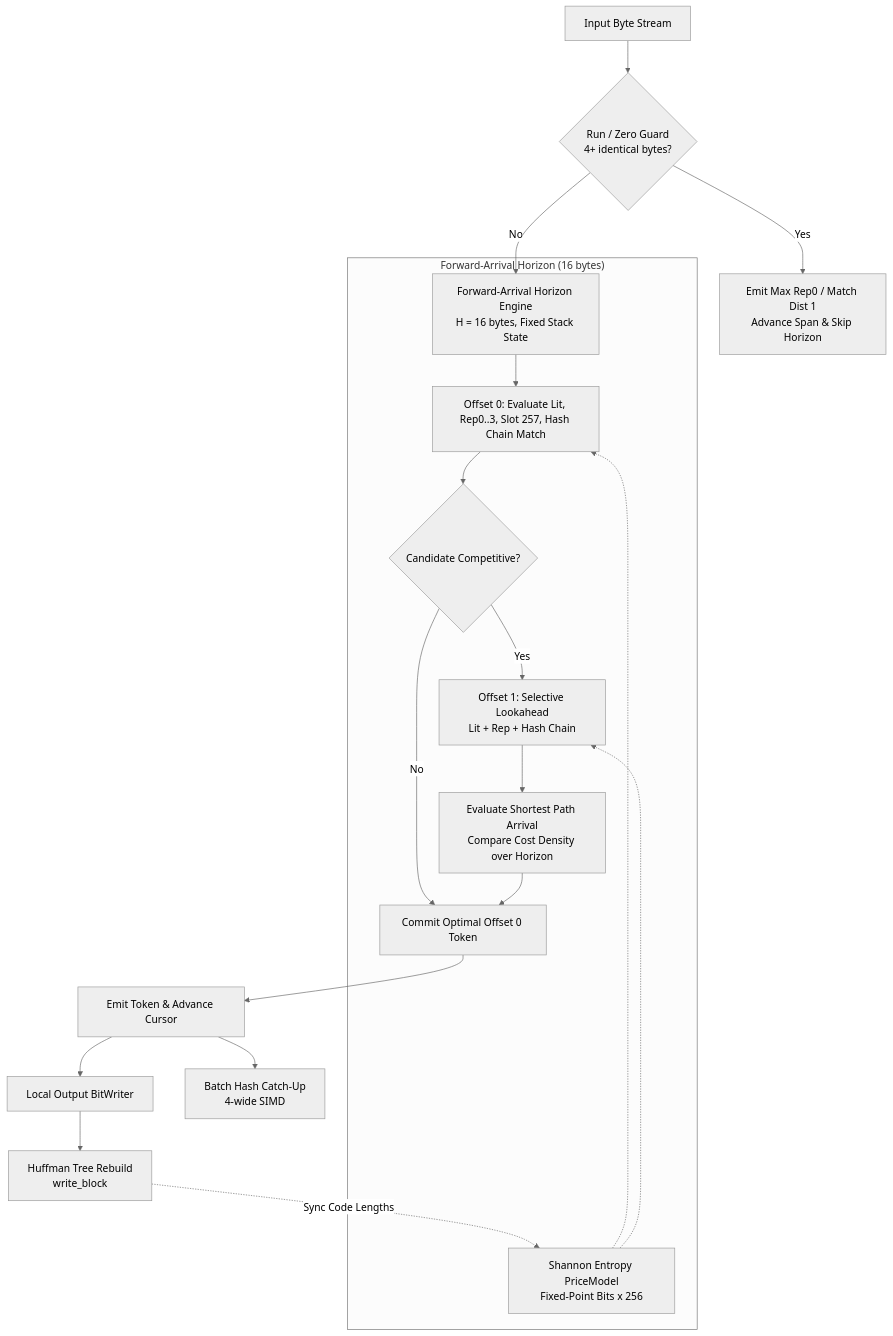
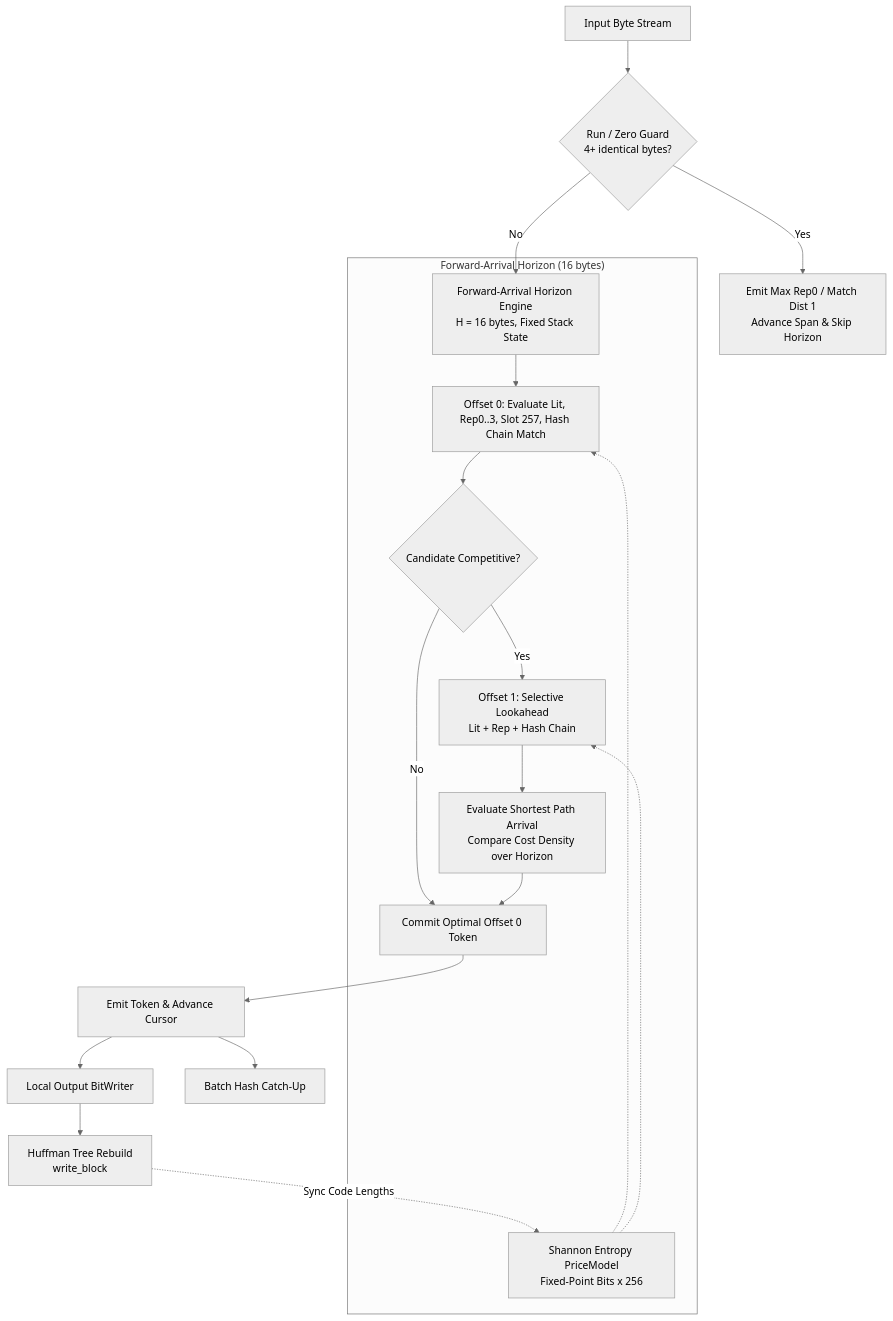
The diagram in implementation_plan.md (geometric-dev/openrar), drawn with Mermaid (neutral theme) before and after one commit. The commit also changed other lines of this file and 1 other file, not shown here.

````diff
--- a/implementation_plan.md
+++ b/implementation_plan.md
@@ -36,24 +30,24 @@
 ```mermaid
 graph TD
     Input[Input Byte Stream] --> RunGuard{Run / Zero Guard<br>4+ identical bytes?}
     RunGuard -- Yes --> RunFastPath[Emit Max Rep0 / Match Dist 1<br>Advance Span & Skip Horizon]
     RunGuard -- No --> Horizon[Forward-Arrival Horizon Engine<br>H = 16 bytes, Fixed Stack State]
     
     subgraph "Forward-Arrival Horizon (16 bytes)"
         Price[Shannon Entropy PriceModel<br>Fixed-Point Bits x 256]
         Horizon --> Node0[Offset 0: Evaluate Lit, Rep0..3, Slot 257, Hash Chain Match]
         Price -.-> Node0
         Node0 --> SelectExp{Candidate Competitive?}
         SelectExp -- Yes --> Node1[Offset 1: Selective Lookahead<br>Lit + Rep + Hash Chain]
         Price -.-> Node1
         SelectExp -- No --> Commit0[Commit Optimal Offset 0 Token]
         Node1 --> ArrivalDAG[Evaluate Shortest Path Arrival<br>Compare Cost Density over Horizon]
         ArrivalDAG --> Commit0
     end
     
     Commit0 --> Emit[Emit Token & Advance Cursor]
-    Emit --> HashCatchup[Batch Hash Catch-Up<br>4-wide SIMD]
+    Emit --> HashCatchup[Batch Hash Catch-Up]
     Emit --> BlockBuffer[Local Output BitWriter]
     BlockBuffer --> Huffman[Huffman Tree Rebuild<br>write_block]
     Huffman -. Sync Code Lengths .-> Price
 ```
````
